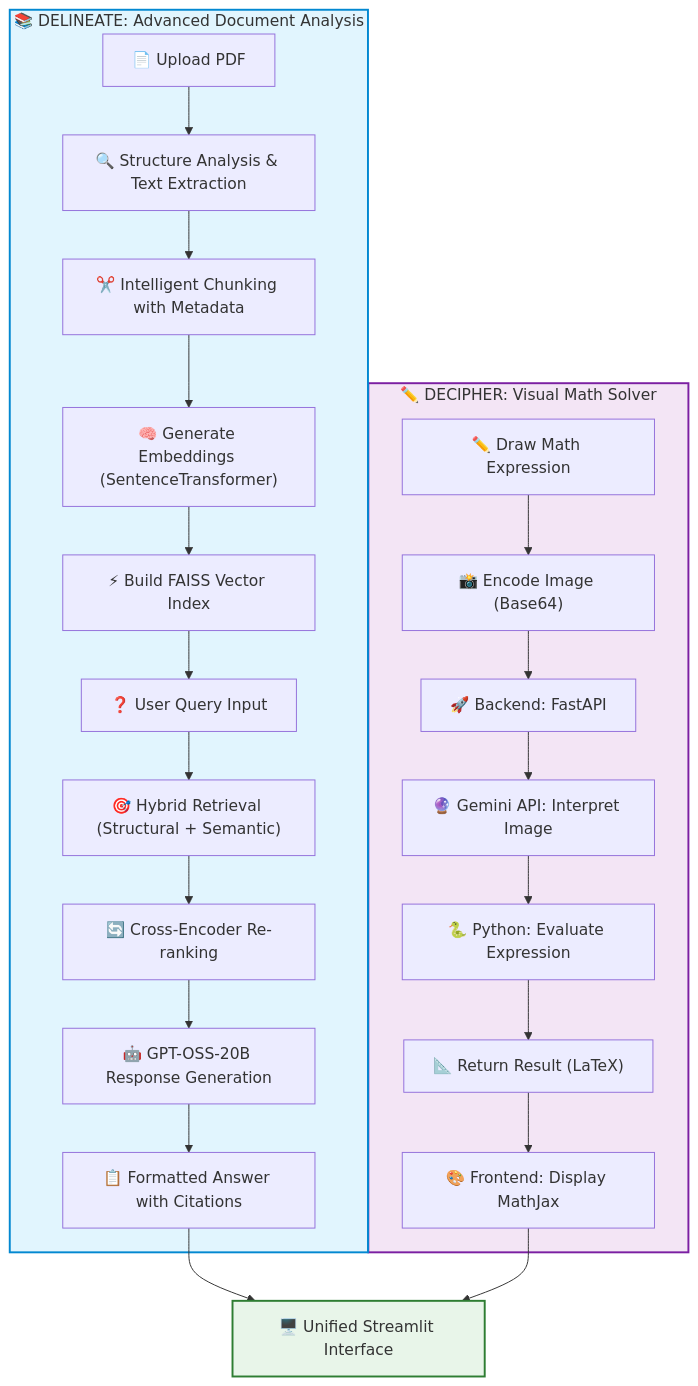
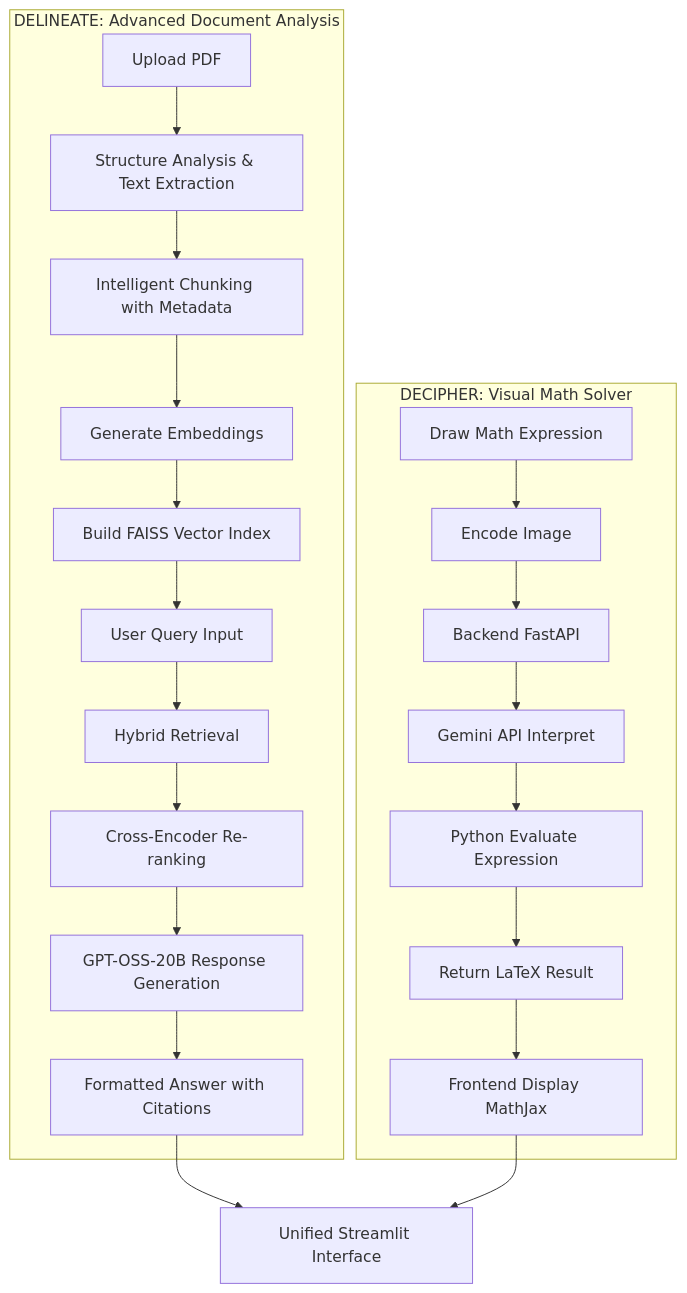
One commit to coderRohan123/DELINEATE-AND-DECIPHER changed the diagram in README.md. Above: the diagram before and after it, drawn with Mermaid.

Commit message:
fixed graph rendering in readme

````diff
--- a/README.md
+++ b/README.md
@@ -221,30 +221,26 @@
 ```mermaid
 graph TD
-    subgraph Delineate_Section ["📚 DELINEATE: Advanced Document Analysis"]
-        A["📄 Upload PDF"] --> B["🔍 Structure Analysis & Text Extraction"]
-        B --> C["✂️ Intelligent Chunking with Metadata"]
-        C --> D["🧠 Generate Embeddings (SentenceTransformer)"]
-        D --> E["⚡ Build FAISS Vector Index"]
-        E --> F["❓ User Query Input"]
-        F --> G["🎯 Hybrid Retrieval (Structural + Semantic)"]
-        G --> H["🔄 Cross-Encoder Re-ranking"]
-        H --> I["🤖 GPT-OSS-20B Response Generation"]
-        I --> J["📋 Formatted Answer with Citations"]
+    subgraph Delineate["DELINEATE: Advanced Document Analysis"]
+        A["Upload PDF"] --> B["Structure Analysis & Text Extraction"]
+        B --> C["Intelligent Chunking with Metadata"]
+        C --> D["Generate Embeddings"]
+        D --> E["Build FAISS Vector Index"]
+        E --> F["User Query Input"]
+        F --> G["Hybrid Retrieval"]
+        G --> H["Cross-Encoder Re-ranking"]
+        H --> I["GPT-OSS-20B Response Generation"]
+        I --> J["Formatted Answer with Citations"]
     end
 
-    subgraph Decipher_Section ["✏️ DECIPHER: Visual Math Solver"]
-        K["✏️ Draw Math Expression"] --> L["📸 Encode Image (Base64)"]
-        L --> M["🚀 Backend: FastAPI"]
-        M --> N["🔮 Gemini API: Interpret Image"]
-        N --> O["🐍 Python: Evaluate Expression"]
-        O --> P["📐 Return Result (LaTeX)"]
-        P --> Q["🎨 Frontend: Display MathJax"]
+    subgraph Decipher["DECIPHER: Visual Math Solver"]
+        K["Draw Math Expression"] --> L["Encode Image"]
+        L --> M["Backend FastAPI"]
+        M --> N["Gemini API Interpret"]
+        N --> O["Python Evaluate Expression"]
+        O --> P["Return LaTeX Result"]
+        P --> Q["Frontend Display MathJax"]
     end
 
-    J --> R["🖥️ Unified Streamlit Interface"]
+    J --> R["Unified Streamlit Interface"]
     Q --> R
-
-    style Delineate_Section fill:#e1f5fe,stroke:#0288d1,stroke-width:2px
-    style Decipher_Section fill:#f3e5f5,stroke:#7b1fa2,stroke-width:2px
-    style R fill:#e8f5e9,stroke:#2e7d32,stroke-width:2px
 ```
````
